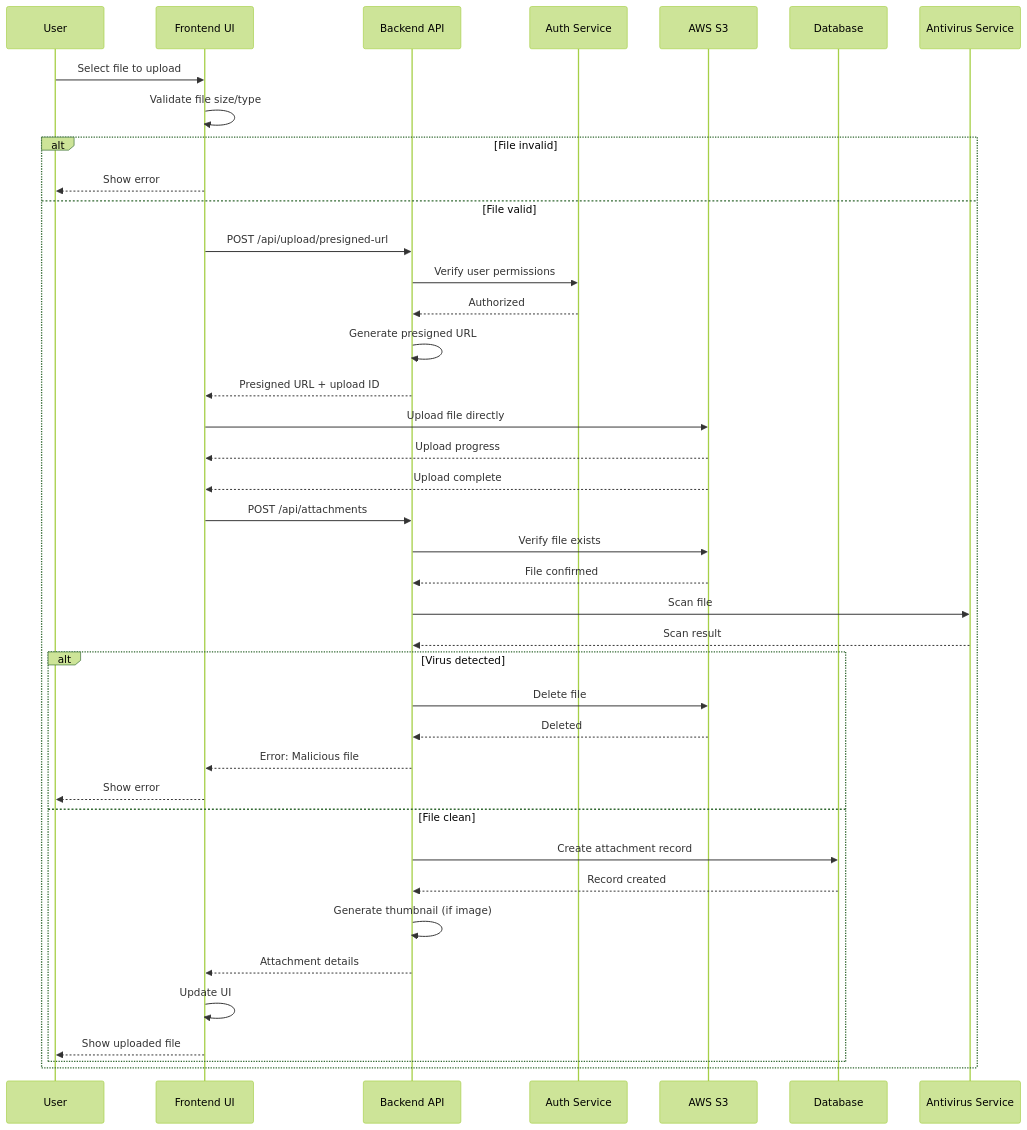
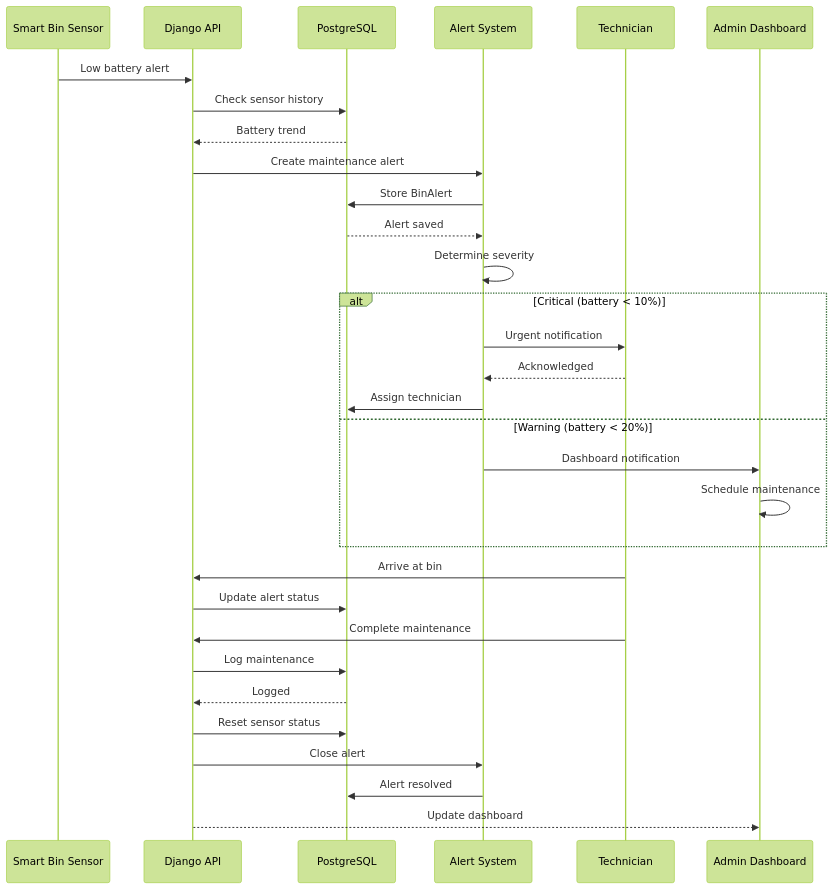
One commit to Ellis-Ayikwei/waste-wise changed the seventh of 10 diagrams in documentation/diagrams/sequence-diagrams.md. Above: the diagram before and after it, drawn with Mermaid (forest theme). The commit also changed other lines of this file and 5 other files, not shown here.

Commit message:
Update architecture docs for Wasgo smart waste management system

````diff
--- a/documentation/diagrams/sequence-diagrams.md
+++ b/documentation/diagrams/sequence-diagrams.md
@@ -280,48 +240,41 @@
 ```mermaid
 sequenceDiagram
-    participant U as User
-    participant UI as Frontend UI
-    participant API as Backend API
-    participant Auth as Auth Service
-    participant S3 as AWS S3
-    participant DB as Database
-    participant AV as Antivirus Service
+    participant Sensor as Smart Bin Sensor
+    participant API as Django API
+    participant DB as PostgreSQL
+    participant Alert as Alert System
+    participant Tech as Technician
+    participant Admin as Admin Dashboard
 
-    U->>UI: Select file to upload
-    UI->>UI: Validate file size/type
+    Sensor->>API: Low battery alert
+    API->>DB: Check sensor history
+    DB-->>API: Battery trend
     
-    alt File invalid
-        UI-->>U: Show error
-    else File valid
-        UI->>API: POST /api/upload/presigned-url
-        API->>Auth: Verify user permissions
-        Auth-->>API: Authorized
-        API->>API: Generate presigned URL
-        API-->>UI: Presigned URL + upload ID
-        
-        UI->>S3: Upload file directly
-        S3-->>UI: Upload progress
-        S3-->>UI: Upload complete
-        
-        UI->>API: POST /api/attachments
-        API->>S3: Verify file exists
-        S3-->>API: File confirmed
-        
-        API->>AV: Scan file
-        AV-->>API: Scan result
-        
-        alt Virus detected
-            API->>S3: Delete file
-            S3-->>API: Deleted
-            API-->>UI: Error: Malicious file
-            UI-->>U: Show error
-        else File clean
-            API->>DB: Create attachment record
-            DB-->>API: Record created
-            API->>API: Generate thumbnail (if image)
-            API-->>UI: Attachment details
-            UI->>UI: Update UI
-            UI-->>U: Show uploaded file
-        end
+    API->>Alert: Create maintenance alert
+    Alert->>DB: Store BinAlert
+    DB-->>Alert: Alert saved
+    
+    Alert->>Alert: Determine severity
+    
+    alt Critical (battery < 10%)
+        Alert->>Tech: Urgent notification
+        Tech-->>Alert: Acknowledged
+        Alert->>DB: Assign technician
+    else Warning (battery < 20%)
+        Alert->>Admin: Dashboard notification
+        Admin->>Admin: Schedule maintenance
     end
+    
+    Tech->>API: Arrive at bin
+    API->>DB: Update alert status
+    
+    Tech->>API: Complete maintenance
+    API->>DB: Log maintenance
+    DB-->>API: Logged
+    
+    API->>DB: Reset sensor status
+    API->>Alert: Close alert
+    Alert->>DB: Alert resolved
+    
+    API-->>Admin: Update dashboard
 ```
````
